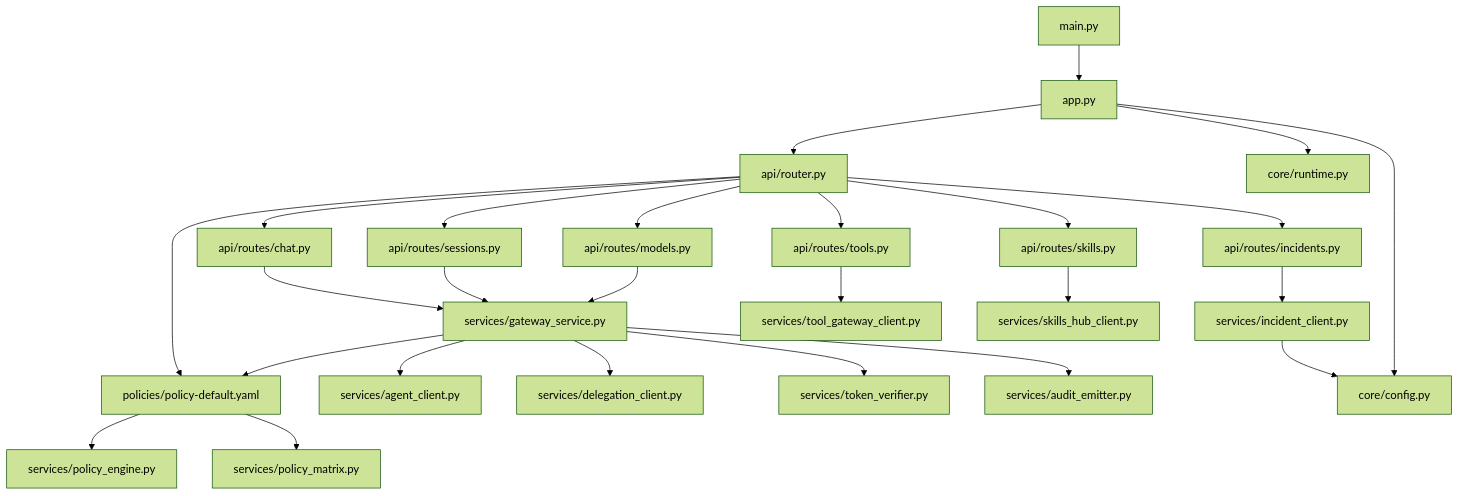
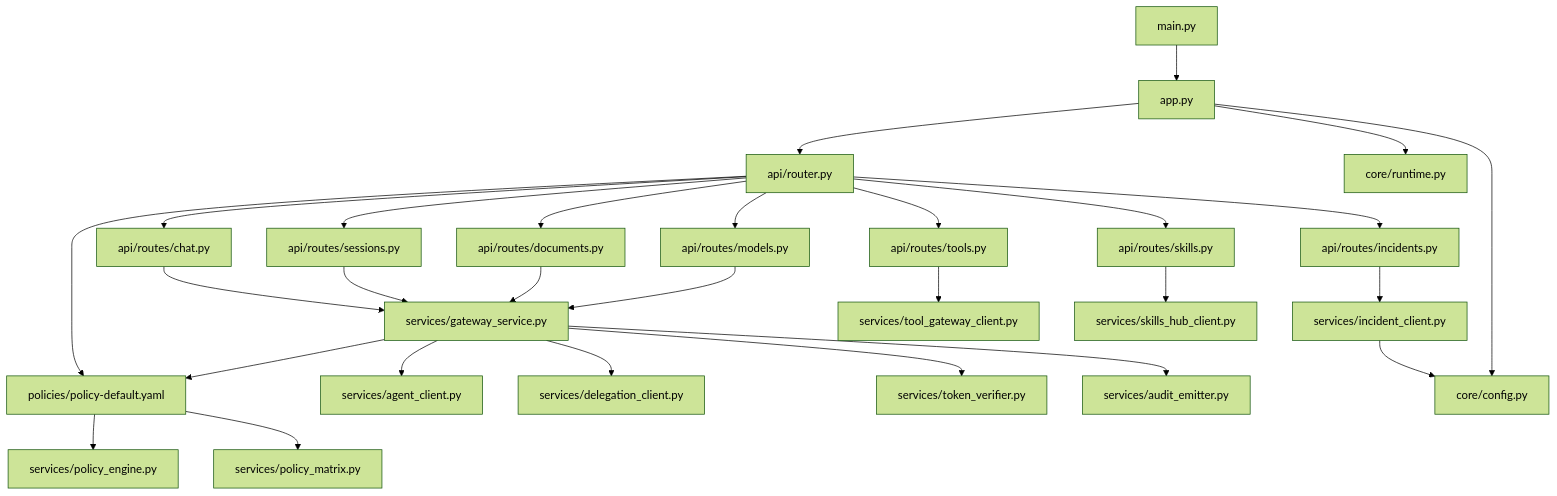
Diagram 15 of 15 in .qoder/repowiki/en/content/Architecture Documentation/Platform Gateway Service.md (metasync/luban-aiops), drawn with Mermaid (forest theme) before and after one commit. The commit also changed other lines of this file and 101 other files, not shown here.

````diff
--- a/.qoder/repowiki/en/content/Architecture Documentation/Platform Gateway Service.md
+++ b/.qoder/repowiki/en/content/Architecture Documentation/Platform Gateway Service.md
@@ -923,28 +994,30 @@
 ```mermaid
 graph TB
 Main["main.py"] --> App["app.py"]
 App --> Router["api/router.py"]
 Router --> Chat["api/routes/chat.py"]
 Router --> Sessions["api/routes/sessions.py"]
+Router --> Documents["api/routes/documents.py"]
 Router --> Incidents["api/routes/incidents.py"]
 Router --> Policy["api/routes/policy.py"]
 Router --> Tools["api/routes/tools.py"]
 Router --> Skills["api/routes/skills.py"]
 Router --> Models["api/routes/models.py"]
 Chat --> GwSvc["services/gateway_service.py"]
 Sessions --> GwSvc
+Documents --> GwSvc
 Incidents --> IncClient["services/incident_client.py"]
 Policy --> PolEngine["services/policy_engine.py"]
 Policy --> PolMatrix["services/policy_matrix.py"]
 Tools --> TgClient["services/tool_gateway_client.py"]
 Skills --> ShClient["services/skills_hub_client.py"]
 Models --> GwSvc
 GwSvc --> Agent["services/agent_client.py"]
 GwSvc --> Deleg["services/delegation_client.py"]
 GwSvc --> Verify["services/token_verifier.py"]
 GwSvc --> Policy["policies/policy-default.yaml"]
 GwSvc --> Audit["services/audit_emitter.py"]
 IncClient --> Config["core/config.py"]
 App --> Config
 App --> Runtime["core/runtime.py"]
 ```
````
